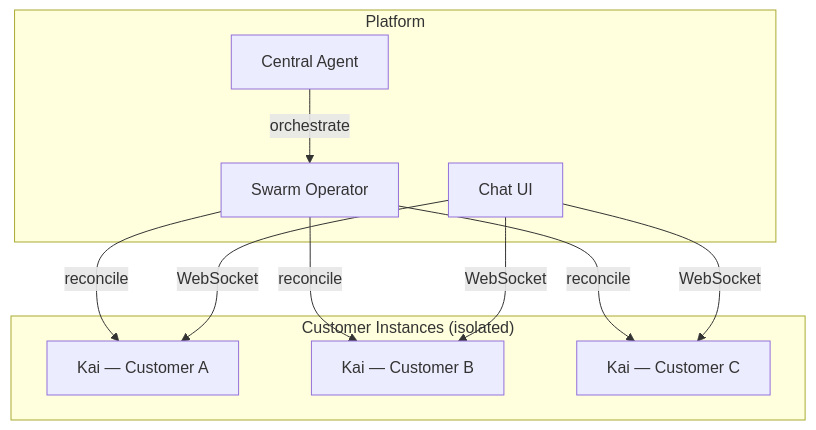
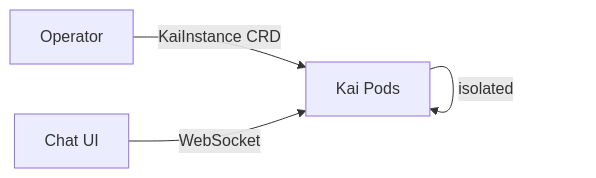
One commit to RaaSaaR-org/openclaw-swarm changed the diagram in README.md. Above: the diagram before and after it, drawn with Mermaid.

Commit message:
docs: simplify Mermaid architecture diagram

````diff
--- a/README.md
+++ b/README.md
@@ -7,22 +7,6 @@
 ```mermaid
-graph TB
-    subgraph Platform
-        OP[Swarm Operator]
-        CC[Chat UI]
-        CA[Central Agent]
-    end
-
-    subgraph "Customer Instances (isolated)"
-        K1[Kai — Customer A]
-        K2[Kai — Customer B]
-        K3[Kai — Customer C]
-    end
-
-    OP -->|reconcile| K1
-    OP -->|reconcile| K2
-    OP -->|reconcile| K3
-    CC -->|WebSocket| K1
-    CC -->|WebSocket| K2
-    CC -->|WebSocket| K3
-    CA -->|orchestrate| OP
+graph LR
+    OP[Operator] -->|KaiInstance CRD| K[Kai Pods]
+    Chat[Chat UI] -->|WebSocket| K
+    K -->|isolated| K
 ```
````
